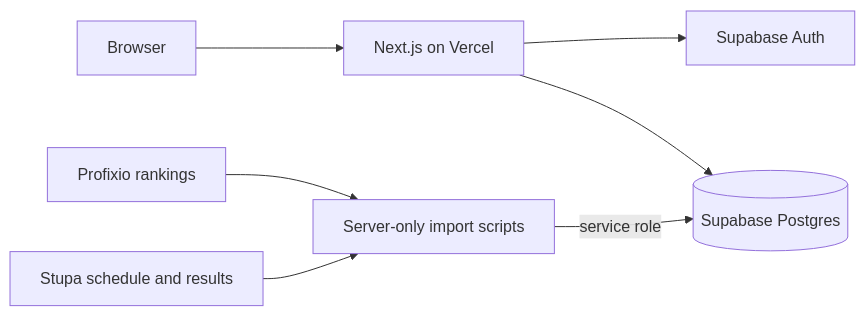
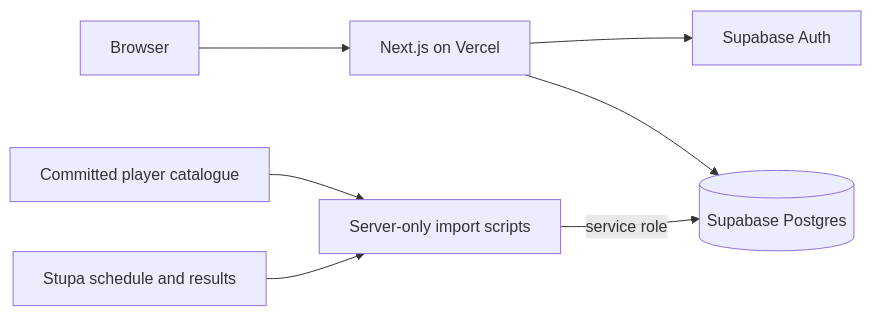
Before and after one commit to BE4M3R/fantasy-pingisligan: the first of 2 diagrams in docs/architecture.md, drawn with Mermaid. The commit also changed other lines of this file and 39 other files, not shown here.

First line of the commit message:
feat: replace Profixio sync with production-backed player catalogue

````diff
--- a/docs/architecture.md
+++ b/docs/architecture.md
@@ -7,9 +7,9 @@
 ```mermaid
 flowchart LR
     User[Browser] --> Next[Next.js on Vercel]
     Next --> Auth[Supabase Auth]
     Next --> DB[(Supabase Postgres)]
-    Profixio[Profixio rankings] --> Importers[Server-only import scripts]
+    Catalogue[Committed player catalogue] --> Importers[Server-only import scripts]
     Stupa[Stupa schedule and results] --> Importers
     Importers -->|service role| DB
 ```
````
